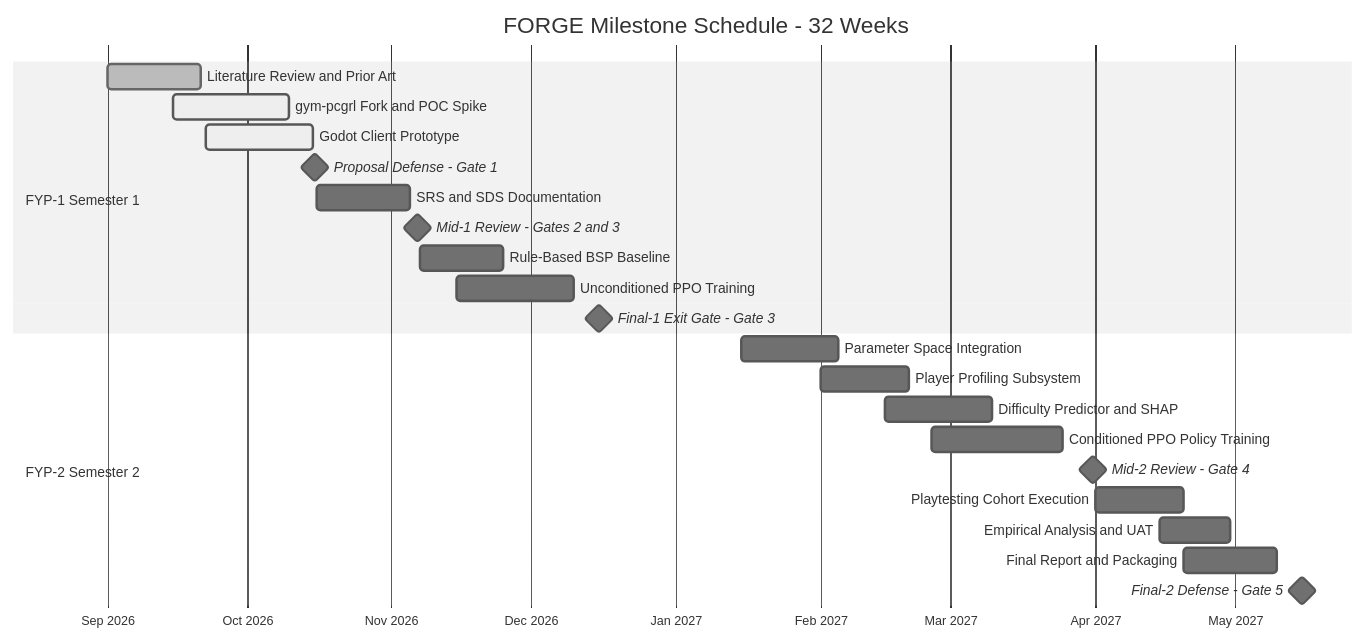
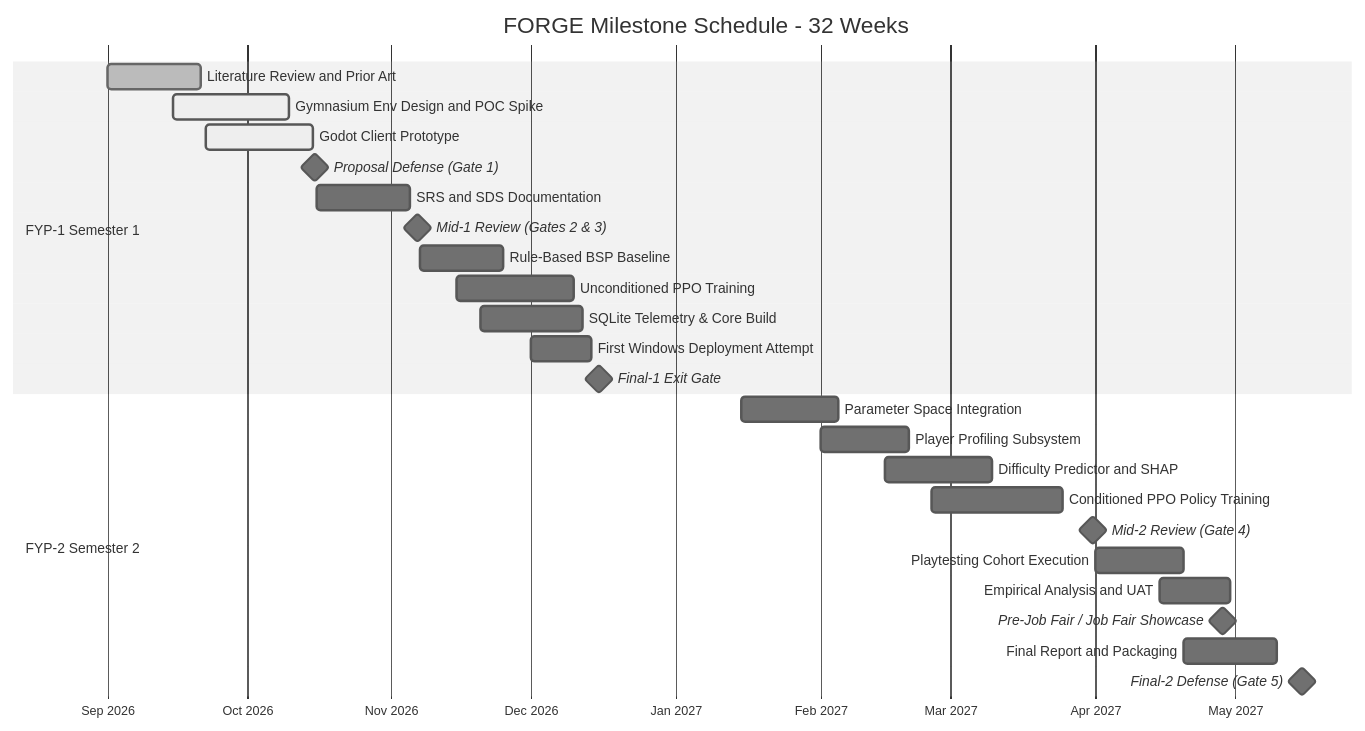
One commit to Rayan581/forge changed the fifth of 5 diagrams in FORGE_Proposal.md. Above: the diagram before and after it, drawn with Mermaid (neutral theme). The commit also changed other lines of this file and 13 other files, not shown here.

Commit message:
Add final FYP proposal, changelog, updated TODO, and architecture diagram assets

````diff
--- a/FORGE_Proposal.md
+++ b/FORGE_Proposal.md
@@ -592,28 +1073,31 @@
 ```mermaid
 gantt
     title FORGE Milestone Schedule - 32 Weeks
     dateFormat YYYY-MM-DD
     axisFormat %b %Y
 
     section FYP-1 Semester 1
     Literature Review and Prior Art :done, 2026-09-01, 2026-09-21
-    gym-pcgrl Fork and POC Spike    :active, 2026-09-15, 2026-10-10
+    Gymnasium Env Design and POC Spike :active, 2026-09-15, 2026-10-10
     Godot Client Prototype          :active, 2026-09-22, 2026-10-15
-    Proposal Defense - Gate 1       :milestone, 2026-10-15, 1d
+    Proposal Defense (Gate 1)       :milestone, 2026-10-15, 1d
     SRS and SDS Documentation       :2026-10-16, 2026-11-05
-    Mid-1 Review - Gates 2 and 3    :milestone, 2026-11-06, 1d
+    Mid-1 Review (Gates 2 & 3)      :milestone, 2026-11-06, 1d
     Rule-Based BSP Baseline         :2026-11-07, 2026-11-25
     Unconditioned PPO Training      :2026-11-15, 2026-12-10
-    Final-1 Exit Gate - Gate 3      :milestone, 2026-12-15, 1d
+    SQLite Telemetry & Core Build   :2026-11-20, 2026-12-12
+    First Windows Deployment Attempt:2026-12-01, 2026-12-14
+    Final-1 Exit Gate               :milestone, 2026-12-15, 1d
 
     section FYP-2 Semester 2
     Parameter Space Integration     :2027-01-15, 2027-02-05
     Player Profiling Subsystem      :2027-02-01, 2027-02-20
     Difficulty Predictor and SHAP   :2027-02-15, 2027-03-10
     Conditioned PPO Policy Training :2027-02-25, 2027-03-25
-    Mid-2 Review - Gate 4           :milestone, 2027-03-31, 1d
+    Mid-2 Review (Gate 4)           :milestone, 2027-03-31, 1d
     Playtesting Cohort Execution    :2027-04-01, 2027-04-20
     Empirical Analysis and UAT      :2027-04-15, 2027-04-30
+    Pre-Job Fair / Job Fair Showcase:milestone, 2027-04-28, 1d
     Final Report and Packaging      :2027-04-20, 2027-05-10
-    Final-2 Defense - Gate 5        :milestone, 2027-05-15, 1d
+    Final-2 Defense (Gate 5)        :milestone, 2027-05-15, 1d
 ```
````
